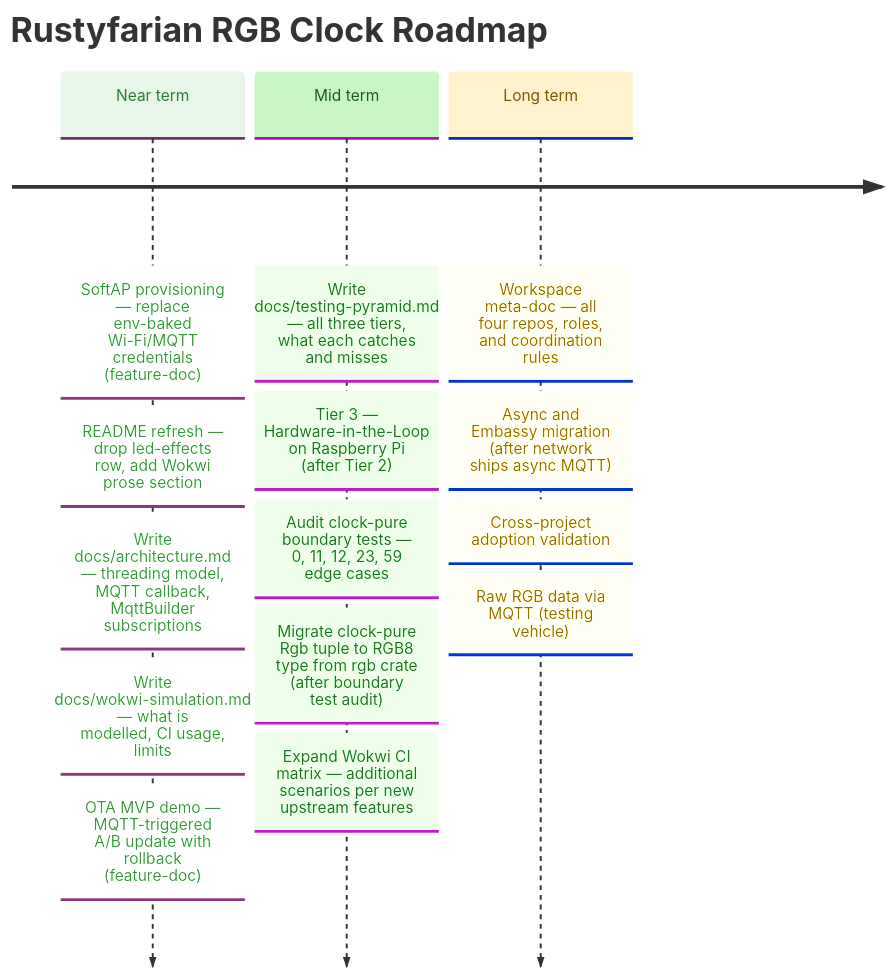
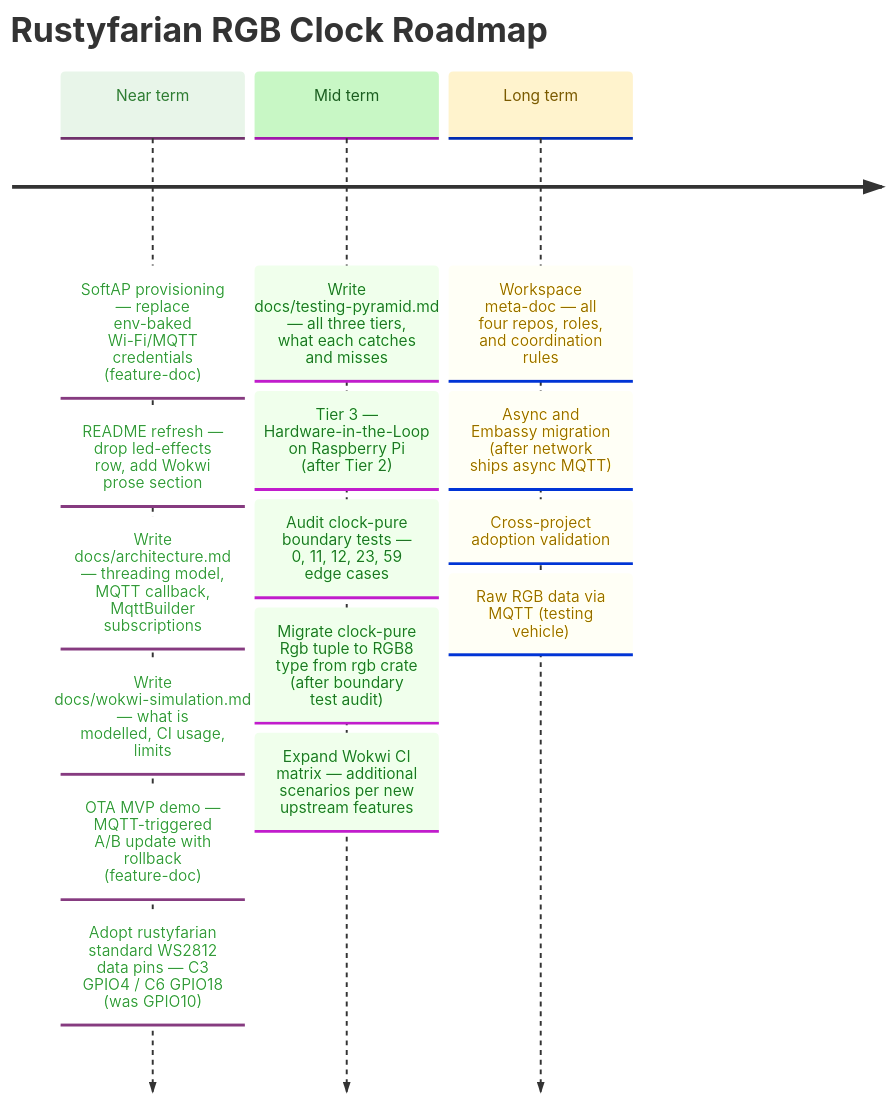
The diagram in docs/ROADMAP.md (datenkollektiv/rustyfarian-rgb-clock), drawn with Mermaid before and after one commit. The commit also changed other lines of this file and 8 other files, not shown here.

Commit message:
Update WS2812 clock ring pin assignments to match rustyfarian standard

````diff
--- a/docs/ROADMAP.md
+++ b/docs/ROADMAP.md
@@ -10,35 +10,36 @@
 ```mermaid
 %%{init: {
   "theme": "base",
   "themeVariables": {
     "cScale0": "#e8f5e9",
     "cScaleLabel0": "#2e7d32",
     "cScale1": "#c8f7c5",
     "cScaleLabel1": "#1b5e20",
     "cScale2": "#fff3cd",
     "cScaleLabel2": "#7a5a00",
     "cScale3": "#e3f2fd",
     "cScaleLabel3": "#0d47a1"
   }
 }}%%
 
 timeline
     title Rustyfarian RGB Clock Roadmap
 
     Near term : SoftAP provisioning — replace env-baked Wi-Fi/MQTT credentials (feature-doc)
               : README refresh — drop led-effects row, add Wokwi prose section
               : Write docs/architecture.md — threading model, MQTT callback, MqttBuilder subscriptions
               : Write docs/wokwi-simulation.md — what is modelled, CI usage, limits
               : OTA MVP demo — MQTT-triggered A/B update with rollback (feature-doc)
+              : Adopt rustyfarian standard WS2812 data pins — C3 GPIO4 / C6 GPIO18 (was GPIO10)
 
     Mid term  : Write docs/testing-pyramid.md — all three tiers, what each catches and misses
               : Tier 3 — Hardware-in-the-Loop on Raspberry Pi (after Tier 2)
               : Audit clock-pure boundary tests — 0, 11, 12, 23, 59 edge cases
               : Migrate clock-pure Rgb tuple to RGB8 type from rgb crate (after boundary test audit)
               : Expand Wokwi CI matrix — additional scenarios per new upstream features
 
     Long term : Workspace meta-doc — all four repos, roles, and coordination rules
               : Async and Embassy migration (after network ships async MQTT)
               : Cross-project adoption validation
               : Raw RGB data via MQTT (testing vehicle)
 ```
````
